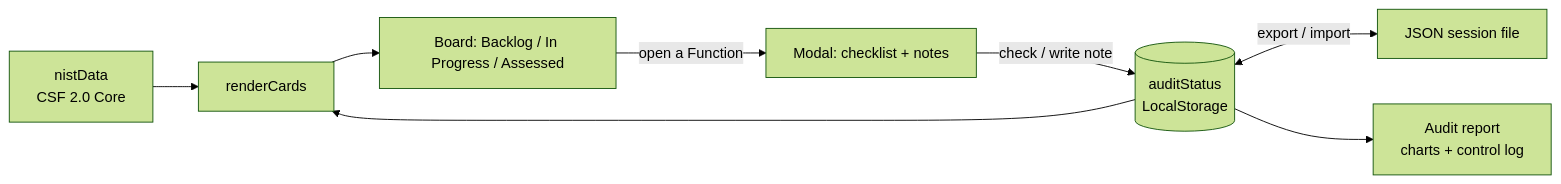
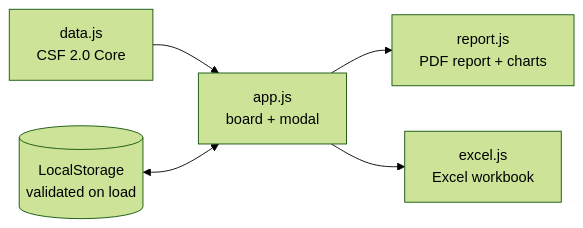
One commit to KaledSML/nist-sentinel changed the diagram in README.md. Above: the diagram before and after it, drawn with Mermaid (forest theme). The commit also changed other lines of this file, not shown here.

````diff
--- a/README.md
+++ b/README.md
@@ -52,10 +82,7 @@
 ```mermaid
 flowchart LR
-    D[nistData<br/>CSF 2.0 Core] --> R[renderCards]
-    S[(auditStatus<br/>LocalStorage)] --> R
-    R --> B[Board: Backlog / In Progress / Assessed]
-    B -->|open a Function| M[Modal: checklist + notes]
-    M -->|check / write note| S
-    S <-->|export / import| J[JSON session file]
-    S --> P[Audit report<br/>charts + control log]
+    D[data.js<br/>CSF 2.0 Core] --> A[app.js<br/>board + modal]
+    S[(LocalStorage<br/>validated on load)] <--> A
+    A --> R[report.js<br/>PDF report + charts]
+    A --> X[excel.js<br/>Excel workbook]
 ```
````
